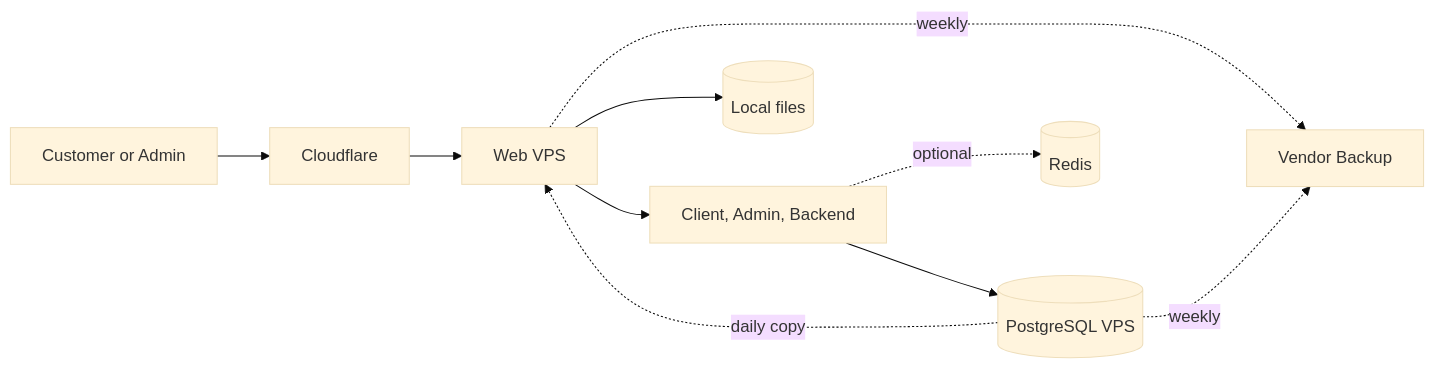
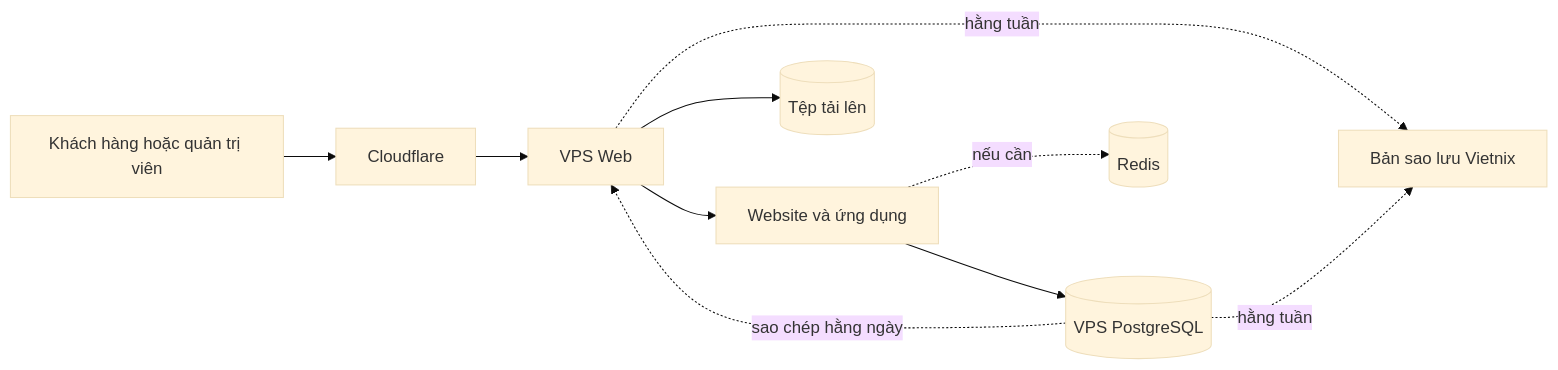
The diagram in deployments/option-2-two-servers/architecture.md (LeeTun2k2/insumart-docs), drawn with Mermaid (base theme) before and after one commit. The commit also changed other lines of this file and 7 other files, not shown here.

Commit message:
Translate deployment architecture and incident response documents to Vietnamese, update cost estimates, and refine maintenance work descriptions for clarity and consistency.

````diff
--- a/deployments/option-2-two-servers/architecture.md
+++ b/deployments/option-2-two-servers/architecture.md
@@ -14,12 +16,12 @@
 ```mermaid
 flowchart LR
-    User[Customer or Admin] --> CF[Cloudflare]
-    CF --> WebVPS[Web VPS]
-    WebVPS --> Apps[Client, Admin, Backend]
-    Apps --> DBVPS[(PostgreSQL VPS)]
-    WebVPS --> Files[(Local files)]
-    Apps -. optional .-> Redis[(Redis)]
-    DBVPS -. daily copy .-> WebVPS
-    WebVPS -. weekly .-> Backup[Vendor Backup]
-    DBVPS -. weekly .-> Backup
+    NguoiDung[Khách hàng hoặc quản trị viên] --> CF[Cloudflare]
+    CF --> WebVPS[VPS Web]
+    WebVPS --> UngDung[Website và ứng dụng]
+    UngDung --> DBVPS[(VPS PostgreSQL)]
+    WebVPS --> Tep[(Tệp tải lên)]
+    UngDung -. nếu cần .-> Redis[(Redis)]
+    DBVPS -. sao chép hằng ngày .-> WebVPS
+    WebVPS -. hằng tuần .-> SaoLuu[Bản sao lưu Vietnix]
+    DBVPS -. hằng tuần .-> SaoLuu
 ```
````
